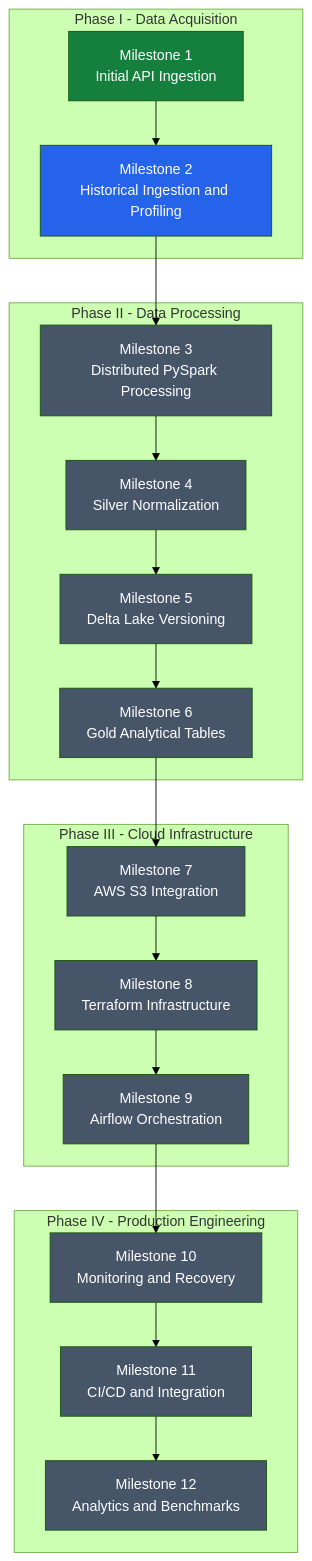
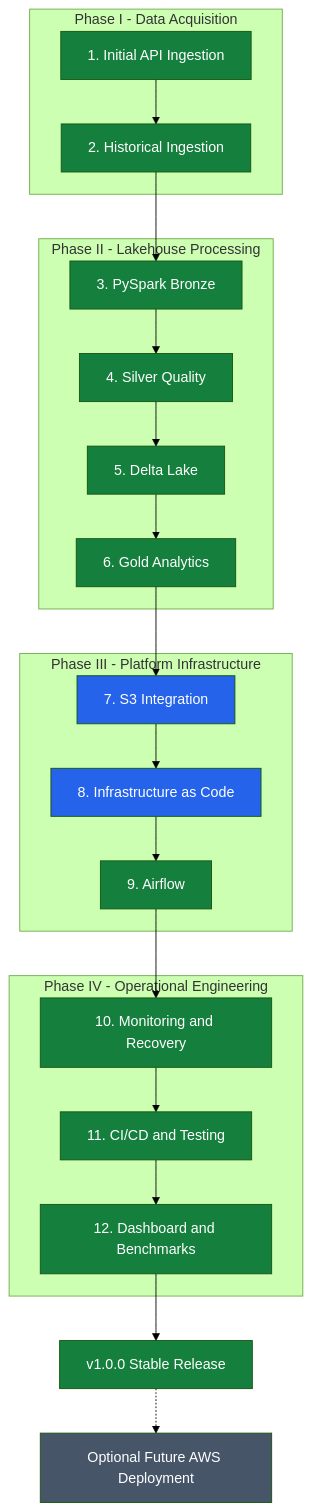
One commit to blkpvnthr/scientific-event-lakehouse changed diagram 23 of 24 in README.md. Above: the diagram before and after it, drawn with Mermaid (forest theme). The commit also changed other lines of this file and 3 other files, not shown here.

First line of the commit message:
docs: finalize v1.0 lakehouse architecture, Mermaid diagrams, and technical documentation

````diff
--- a/README.md
+++ b/README.md
@@ -1782,51 +1910,42 @@
 ```mermaid
 flowchart TD
-    subgraph PHASE1["Phase I - Data Acquisition"]
-        M1["Milestone 1<br/>Initial API Ingestion"]
-        M2["Milestone 2<br/>Historical Ingestion and Profiling"]
+    subgraph P1["Phase I - Data Acquisition"]
+        M1["1. Initial API Ingestion"]
+        M2["2. Historical Ingestion"]
     end
 
-    subgraph PHASE2["Phase II - Data Processing"]
-        M3["Milestone 3<br/>Distributed PySpark Processing"]
-        M4["Milestone 4<br/>Silver Normalization"]
-        M5["Milestone 5<br/>Delta Lake Versioning"]
-        M6["Milestone 6<br/>Gold Analytical Tables"]
+    subgraph P2["Phase II - Lakehouse Processing"]
+        M3["3. PySpark Bronze"]
+        M4["4. Silver Quality"]
+        M5["5. Delta Lake"]
+        M6["6. Gold Analytics"]
     end
 
-    subgraph PHASE3["Phase III - Cloud Infrastructure"]
-        M7["Milestone 7<br/>AWS S3 Integration"]
-        M8["Milestone 8<br/>Terraform Infrastructure"]
-        M9["Milestone 9<br/>Airflow Orchestration"]
+    subgraph P3["Phase III - Platform Infrastructure"]
+        M7["7. S3 Integration"]
+        M8["8. Infrastructure as Code"]
+        M9["9. Airflow"]
     end
 
-    subgraph PHASE4["Phase IV - Production Engineering"]
-        M10["Milestone 10<br/>Monitoring and Recovery"]
-        M11["Milestone 11<br/>CI/CD and Integration"]
-        M12["Milestone 12<br/>Analytics and Benchmarks"]
+    subgraph P4["Phase IV - Operational Engineering"]
+        M10["10. Monitoring and Recovery"]
+        M11["11. CI/CD and Testing"]
+        M12["12. Dashboard and Benchmarks"]
     end
 
-    M1 --> M2
-    M2 --> M3
-    M3 --> M4
-    M4 --> M5
-    M5 --> M6
-    M6 --> M7
-    M7 --> M8
-    M8 --> M9
-    M9 --> M10
-    M10 --> M11
-    M11 --> M12
+    M1 --> M2 --> M3 --> M4
+    M4 --> M5 --> M6 --> M7
+    M7 --> M8 --> M9 --> M10
+    M10 --> M11 --> M12
 
-    style M1 fill:#15803D,color:#fff
-    style M2 fill:#2563EB,color:#fff
-    style M3 fill:#475569,color:#fff
-    style M4 fill:#475569,color:#fff
-    style M5 fill:#475569,color:#fff
-    style M6 fill:#475569,color:#fff
-    style M7 fill:#475569,color:#fff
-    style M8 fill:#475569,color:#fff
-    style M9 fill:#475569,color:#fff
-    style M10 fill:#475569,color:#fff
-    style M11 fill:#475569,color:#fff
-    style M12 fill:#475569,color:#fff
+    M12 --> RELEASE["v1.0.0 Stable Release"]
+    RELEASE -.-> CLOUD["Optional Future AWS Deployment"]
+
+    classDef complete fill:#15803D,color:#fff
+    classDef validated fill:#2563EB,color:#fff
+    classDef future fill:#475569,color:#fff
+
+    class M1,M2,M3,M4,M5,M6,M9,M10,M11,M12,RELEASE complete
+    class M7,M8 validated
+    class CLOUD future
 ```
````
